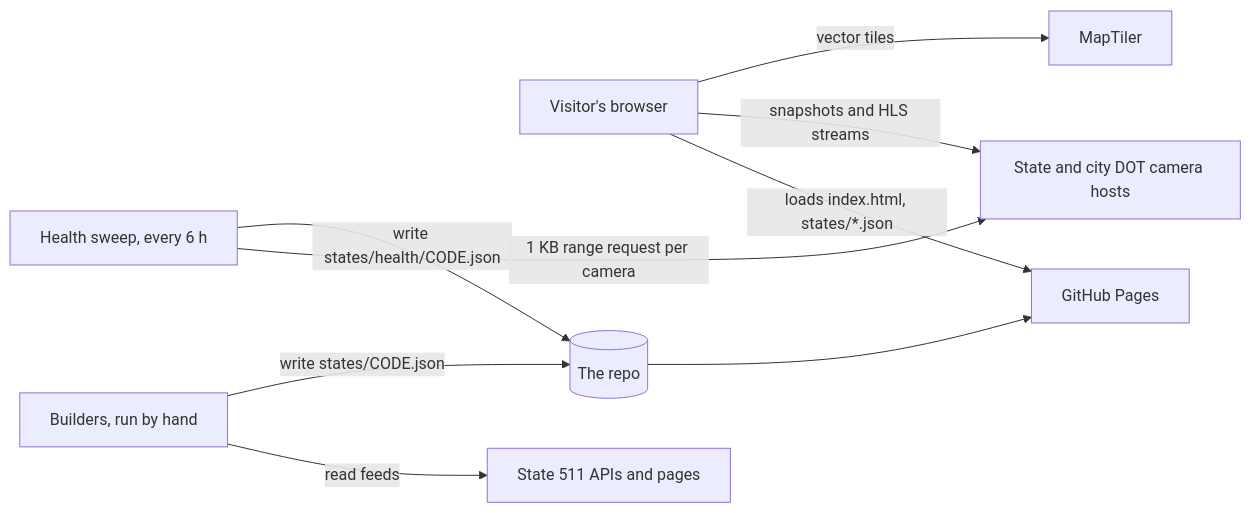
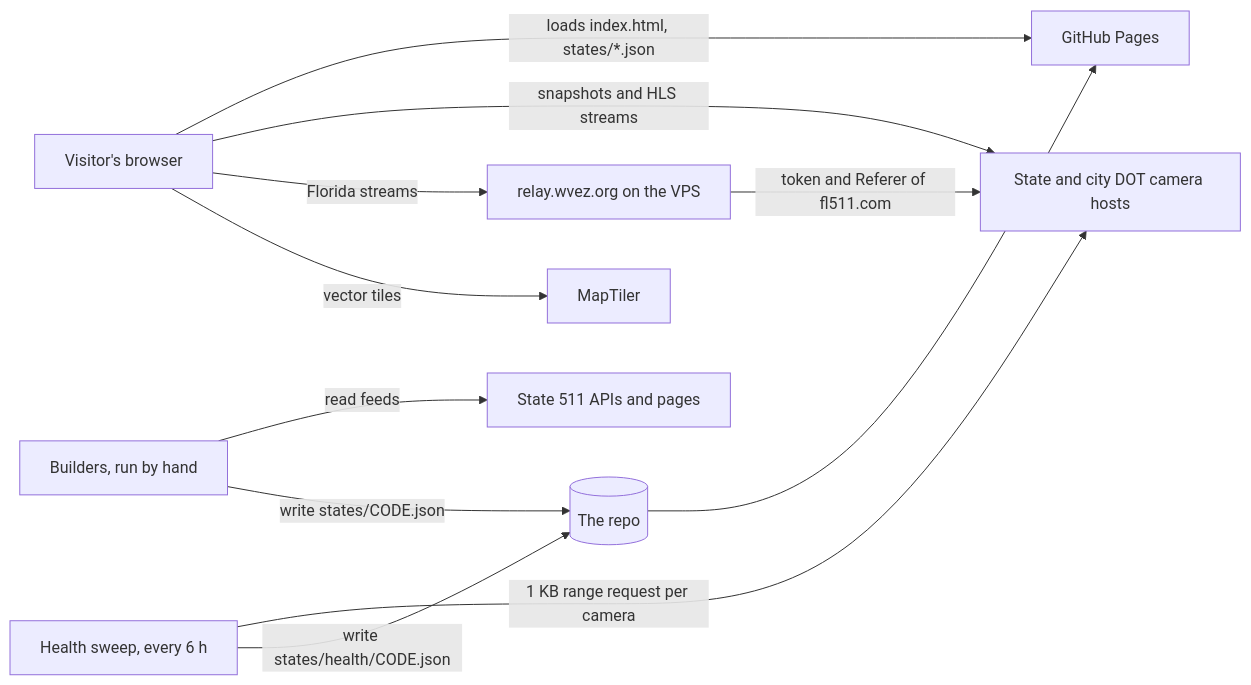
The first of 2 diagrams in docs/1.1-architecture.md (warner-wvez/Ora), drawn with Mermaid before and after one commit. The commit also changed other lines of this file and 10 other files, not shown here.

````diff
--- a/docs/1.1-architecture.md
+++ b/docs/1.1-architecture.md
@@ -14,11 +16,13 @@
 ```mermaid
 graph LR
   V[Visitor's browser] -->|loads index.html, states/*.json| P[GitHub Pages]
   V -->|snapshots and HLS streams| A[State and city DOT camera hosts]
+  V -->|Florida streams| X[relay.wvez.org on the VPS]
+  X -->|token and Referer of fl511.com| A
   V -->|vector tiles| M[MapTiler]
   B[Builders, run by hand] -->|read feeds| F[State 511 APIs and pages]
   B -->|write states/CODE.json| R[(The repo)]
   S[Health sweep, every 6 h] -->|1 KB range request per camera| A
   S -->|write states/health/CODE.json| R
   R --> P
 ```
````
